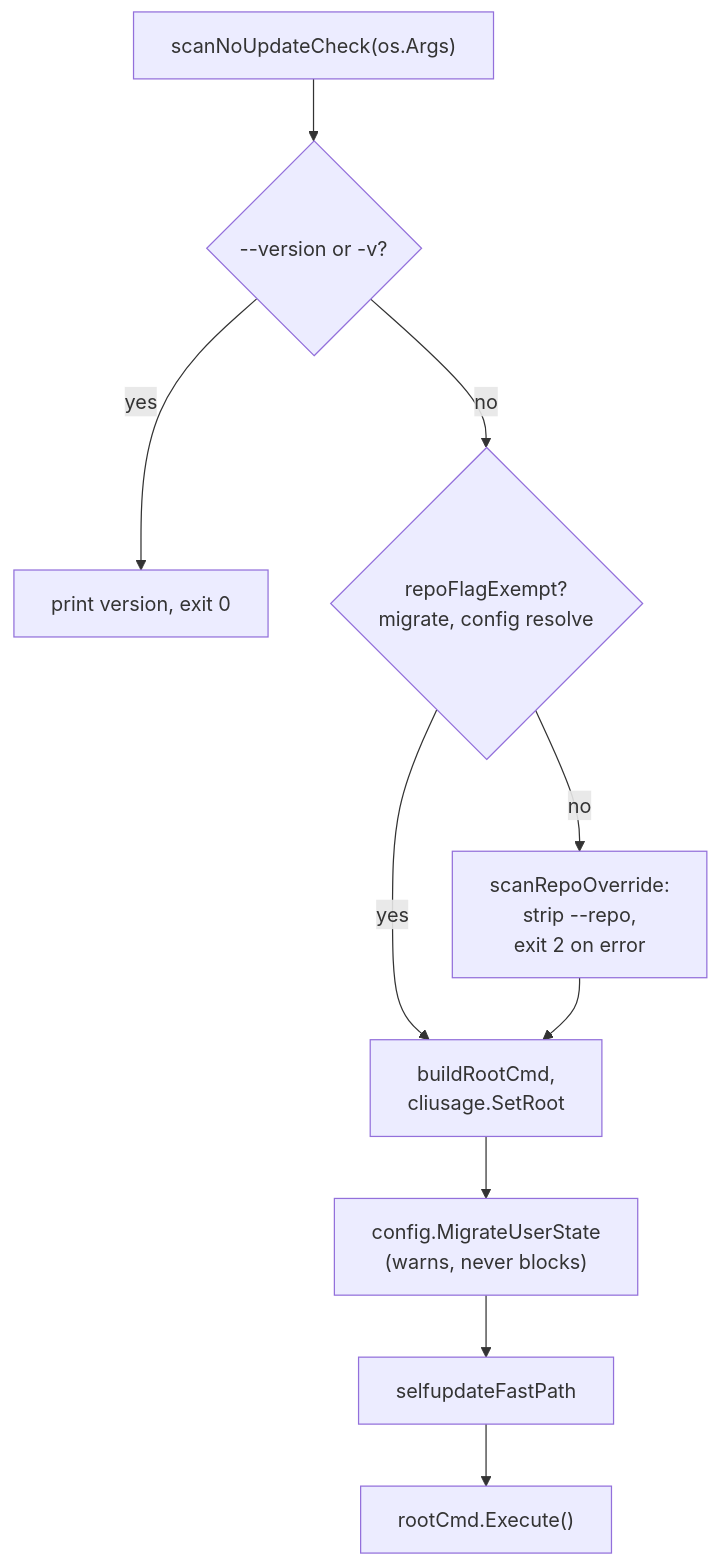
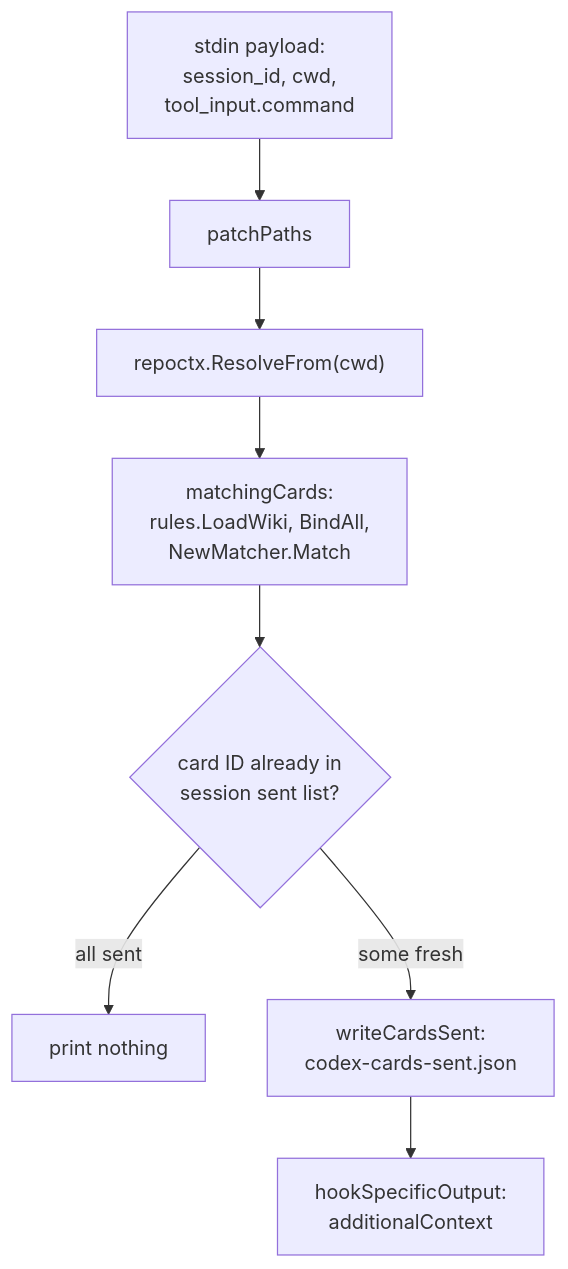
One commit to damusix/atomic-claude changed the sixth of 12 diagrams in docs/wiki/config.md. Above: the diagram before and after it, drawn with Mermaid. The commit also changed other lines of this file and 795 other files, not shown here.

First line of the commit message:
feat!: run Atomic on Claude Code, OMP, and Codex

````diff
--- a/docs/wiki/config.md
+++ b/docs/wiki/config.md
@@ -216,13 +169,11 @@
 ```mermaid
 flowchart TD
-    %% source: atomic/cmd/atomic/main.go, rootflags.go
-    A["scanNoUpdateCheck(os.Args)"] --> V{"--version or -v?"}
-    V -->|yes| X["print version, exit 0"]
-    V -->|no| E{"repoFlagExempt?<br/>migrate, config resolve"}
-    E -->|no| R["scanRepoOverride:<br/>strip --repo,<br/>exit 2 on error"]
-    E -->|yes| B
-    R --> B["buildRootCmd,<br/>cliusage.SetRoot"]
-    B --> M["config.MigrateUserState<br/>(warns, never blocks)"]
-    M --> F["selfupdateFastPath"]
-    F --> C["rootCmd.Execute()"]
+    %% source: atomic/internal/hooks/pretooluse.go (PreToolUse, patchPaths, matchingCards); atomic/cmd/atomic/cmd_hooks.go (runPreToolUse)
+    IN["stdin payload:<br/>session_id, cwd,<br/>tool_input.command"] --> PP["patchPaths"]
+    PP --> RC["repoctx.ResolveFrom(cwd)"]
+    RC --> MC["matchingCards:<br/>rules.LoadWiki, BindAll,<br/>NewMatcher.Match"]
+    MC --> SENT{"card ID already in<br/>session sent list?"}
+    SENT -->|all sent| NONE["print nothing"]
+    SENT -->|some fresh| WR["writeCardsSent:<br/>codex-cards-sent.json"]
+    WR --> OUT["hookSpecificOutput:<br/>additionalContext"]
 ```
````
